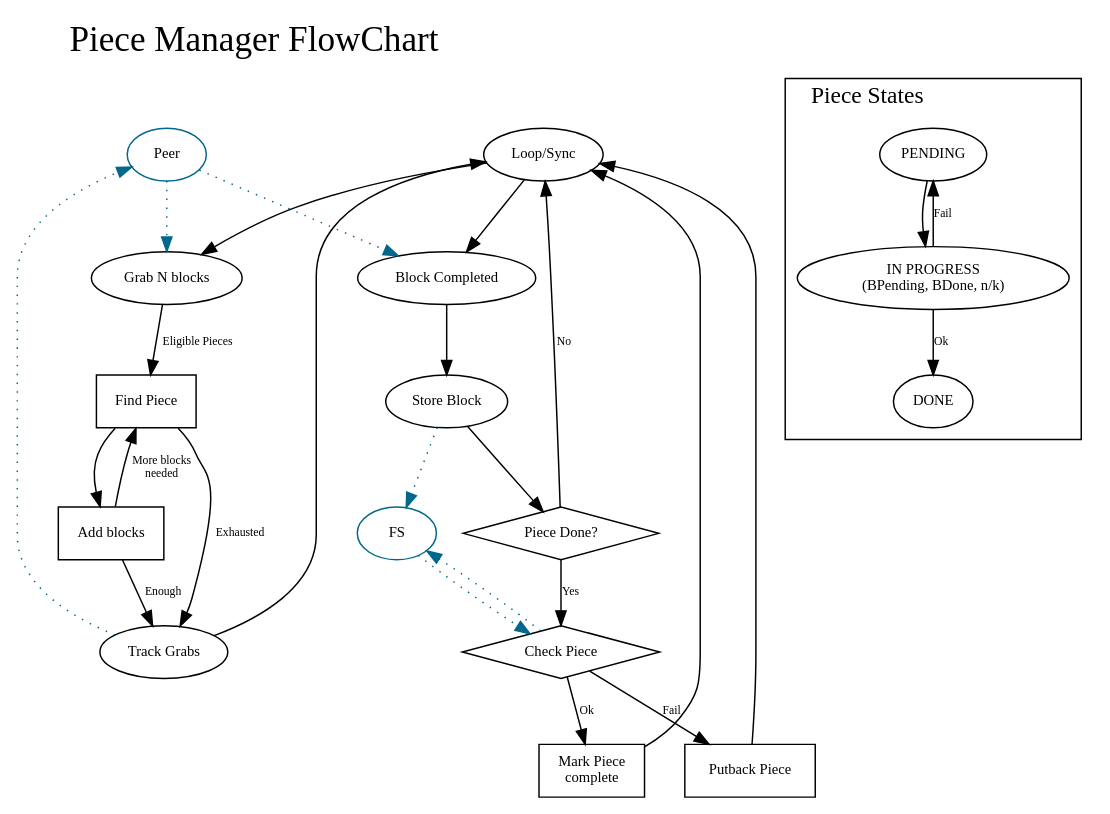
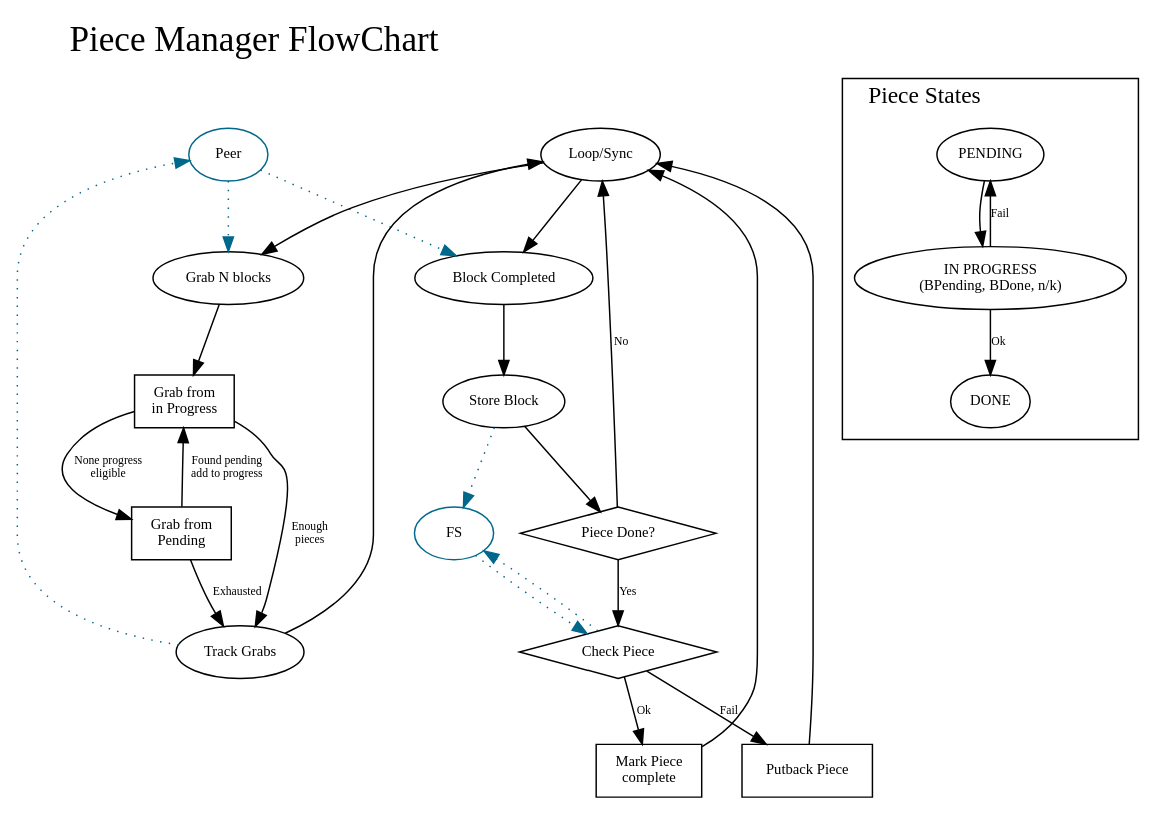
The diagram in doc/PieceManager.dot (jlouis/combinatorrent), drawn with Graphviz before and after one commit. The commit also changed 1 other file, not shown here.

Commit message:
Implement most of the code for grabbing blocks in the Piece Manager.

```diff
--- a/doc/PieceManager.dot
+++ b/doc/PieceManager.dot
@@ -1,75 +1,78 @@
 digraph {
 	node [fontname="URW Gothic L",fontsize=10];
 	edge [fontname="URW Gothic L",fontsize=8];
 
 	labeljust = l;
 	labelloc = t;
 
 	fontsize = 24;
 	fontname="URW Gothic L";
 	label = "Piece Manager FlowChart";
 
 
 	// External communication
 	{ rank=same;
 	  peer [label="Peer", shape=ellipse,color=deepskyblue4];
 	  loop [label="Loop/Sync"];
         }
 
 	fs [label="FS", shape=ellipse,color=deepskyblue4];
 	fs -> checkp [style=dotted,color=deepskyblue4];
 	storeb -> fs [style=dotted,color=deepskyblue4];
 	checkp -> fs [style=dotted,color=deepskyblue4];
 
 	// Internal state changes
 	peer -> grab [style=dotted,color=deepskyblue4];
 	trackb -> peer [style=dotted,color=deepskyblue4];
 	peer -> blockc [style=dotted,color=deepskyblue4];
 
 	node [shape=box];
 
 	grab [label="Grab N blocks"];
-	findp [label="Find Piece"];
-	addb [label="Add blocks"];
+	grabProgress [label="Grab from\nin Progress"];
+	grabPending  [label="Grab from\nPending"];
+
 	trackb [label="Track Grabs"];
 
 	blockc [label="Block Completed"];
 	storeb [label="Store Block"];
 	pieced [label="Piece Done?", shape=diamond];
 	checkp [label="Check Piece", shape=diamond];
 	markc  [label="Mark Piece\ncomplete"];
 	putbackp [label="Putback Piece"];
 
 	loop -> blockc;
 	blockc -> storeb;
 	storeb -> pieced;
 	pieced -> loop [label="No"];
 	pieced -> checkp [label="Yes"];
 	checkp -> markc [label="Ok"];
 	markc -> loop;
 	checkp -> putbackp [label="Fail"];
 	putbackp -> loop;
 
 	loop -> grab;
-	grab -> findp [label="Eligible Pieces"];
-	findp -> addb;
-	findp -> trackb [label="Exhausted"];
-	addb -> findp [label="More blocks\nneeded"];
-	addb -> trackb [label="Enough"];
+
+	grab -> grabProgress;
+	grabProgress -> trackb [label="Enough\npieces"];
+	grabProgress -> grabPending [label="None progress\neligible"];
+	grabPending -> grabProgress [label="Found pending\nadd to progress"];
+	grabPending -> trackb [label="Exhausted"];
+
 	trackb -> loop;
 
 	subgraph cluster_piece_state {
 		 fontsize = 16;
 		 label = "Piece States";
 
 		 node [shape=ellipse];
 		 pending [label="PENDING"];
 		 in_progress [label="IN PROGRESS\n(BPending, BDone, n/k)"];
 		 done [label="DONE"];
 
 		 pending -> in_progress;
 		 in_progress -> pending [label="Fail"];
 		 in_progress -> done [label="Ok"];
 
 	}
 }
```
